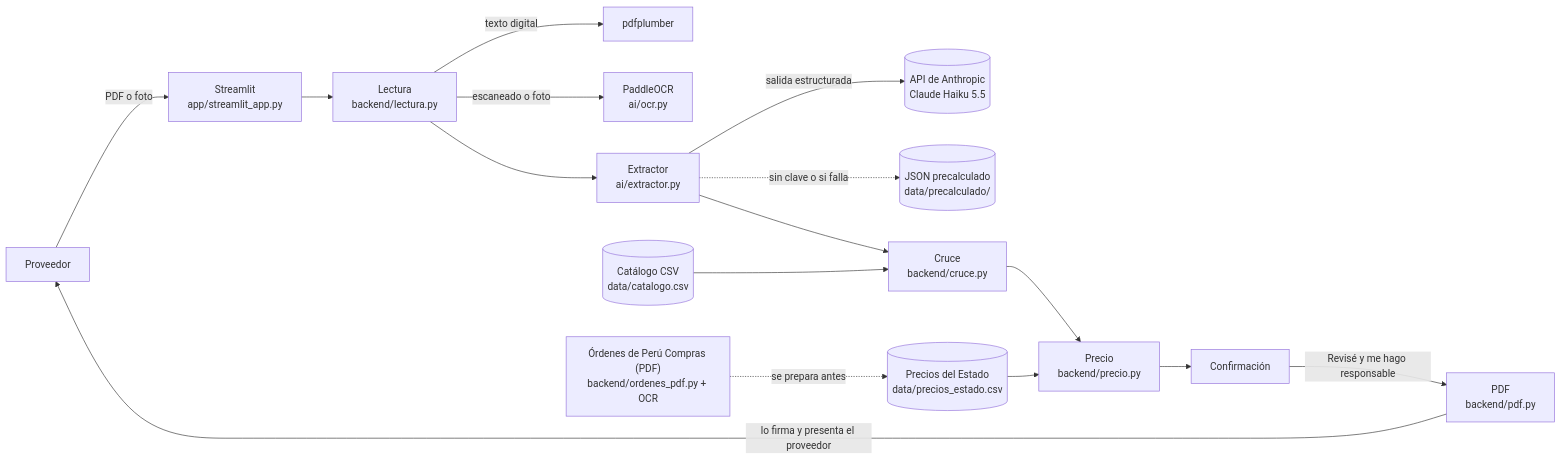
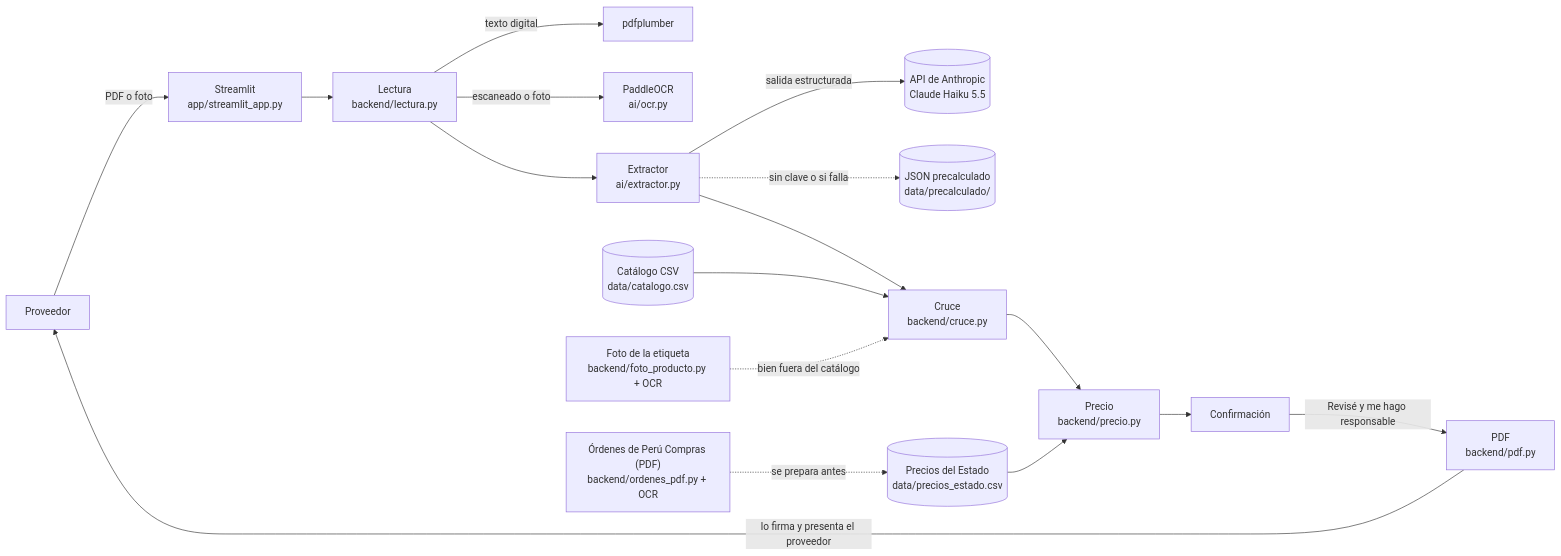
One commit to IvettexMamani/Cotizador_digital changed the diagram in README.md. Above: the diagram before and after it, drawn with Mermaid. The commit also changed other lines of this file and 10 other files, not shown here.

First line of the commit message:
Ofrecer un bien fuera del catalogo con la foto de su etiqueta

````diff
--- a/README.md
+++ b/README.md
@@ -78,18 +82,19 @@
 ```mermaid
 flowchart LR
     U["Proveedor"] -->|"PDF o foto"| APP["Streamlit<br/>app/streamlit_app.py"]
     APP --> LEC["Lectura<br/>backend/lectura.py"]
     LEC -->|"texto digital"| PDFP["pdfplumber"]
     LEC -->|"escaneado o foto"| OCR["PaddleOCR<br/>ai/ocr.py"]
     LEC --> EXT["Extractor<br/>ai/extractor.py"]
     EXT -->|"salida estructurada"| LLM[("API de Anthropic<br/>Claude Haiku 5.5")]
     EXT -.->|"sin clave o si falla"| JSON[("JSON precalculado<br/>data/precalculado/")]
     EXT --> CRU["Cruce<br/>backend/cruce.py"]
     CAT[("Catálogo CSV<br/>data/catalogo.csv")] --> CRU
+    FOTO["Foto de la etiqueta<br/>backend/foto_producto.py + OCR"] -.->|"bien fuera del catálogo"| CRU
     CRU --> PRE["Precio<br/>backend/precio.py"]
     EST[("Precios del Estado<br/>data/precios_estado.csv")] --> PRE
     OC["Órdenes de Perú Compras (PDF)<br/>backend/ordenes_pdf.py + OCR"] -.->|"se prepara antes"| EST
     PRE --> CON["Confirmación"]
     CON -->|"Revisé y me hago responsable"| PDF["PDF<br/>backend/pdf.py"]
     PDF -->|"lo firma y presenta el proveedor"| U
 ```
````
